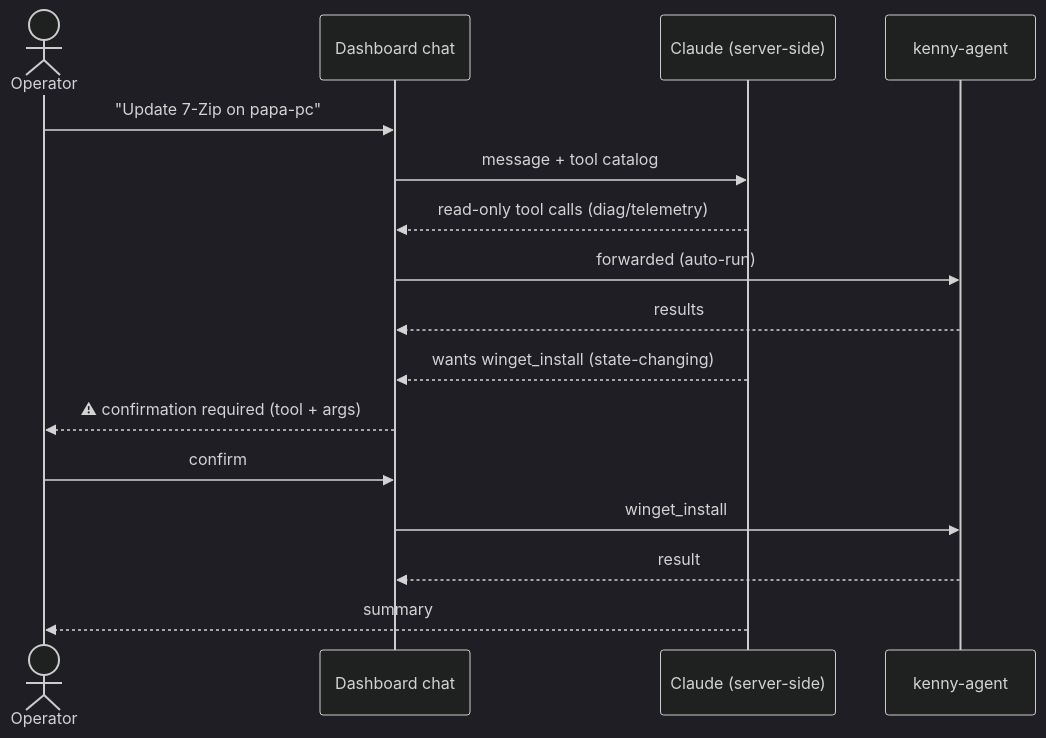
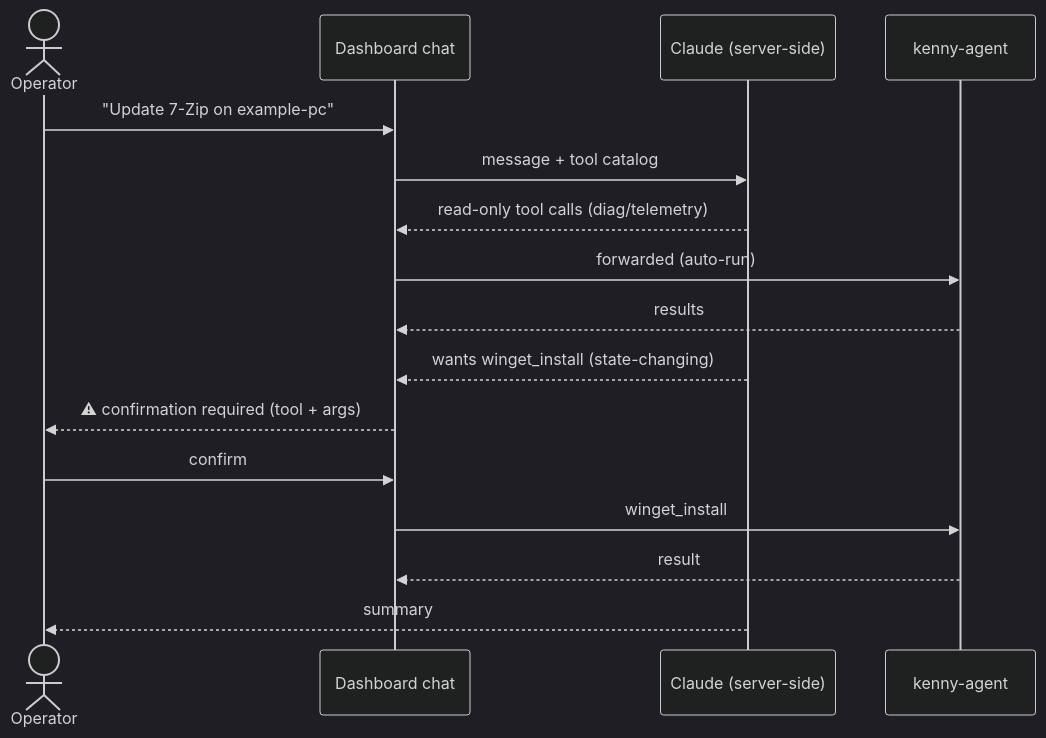
The second of 4 diagrams in docs/user-guide.md (nullthrone/kenny), drawn with Mermaid (dark theme) before and after one commit. The commit also changed other lines of this file and 40 other files, not shown here.

````diff
--- a/docs/user-guide.md
+++ b/docs/user-guide.md
@@ -89,18 +89,18 @@
 ```mermaid
 sequenceDiagram
   actor Op as Operator
   participant Chat as Dashboard chat
   participant Claude as Claude (server-side)
   participant Agent as kenny-agent
-  Op->>Chat: "Update 7-Zip on papa-pc"
+  Op->>Chat: "Update 7-Zip on example-pc"
   Chat->>Claude: message + tool catalog
   Claude-->>Chat: read-only tool calls (diag/telemetry)
   Chat->>Agent: forwarded (auto-run)
   Agent-->>Chat: results
   Claude-->>Chat: wants winget_install (state-changing)
   Chat-->>Op: ⚠ confirmation required (tool + args)
   Op->>Chat: confirm
   Chat->>Agent: winget_install
   Agent-->>Chat: result
   Claude-->>Op: summary
 ```
````
